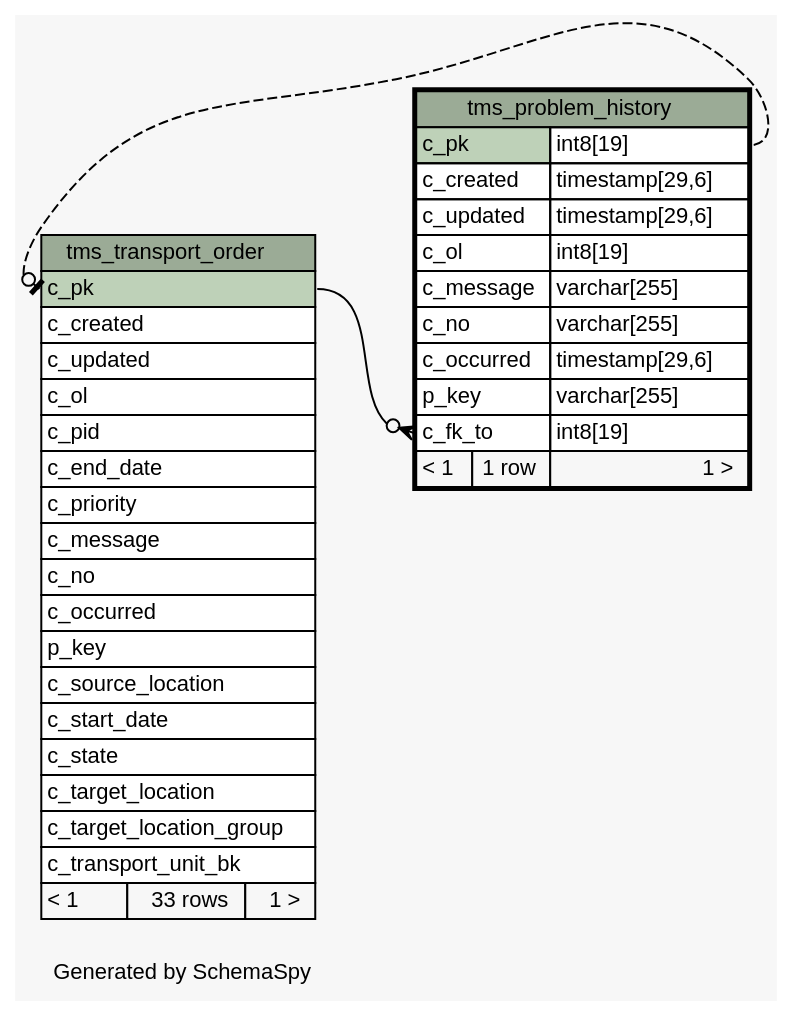
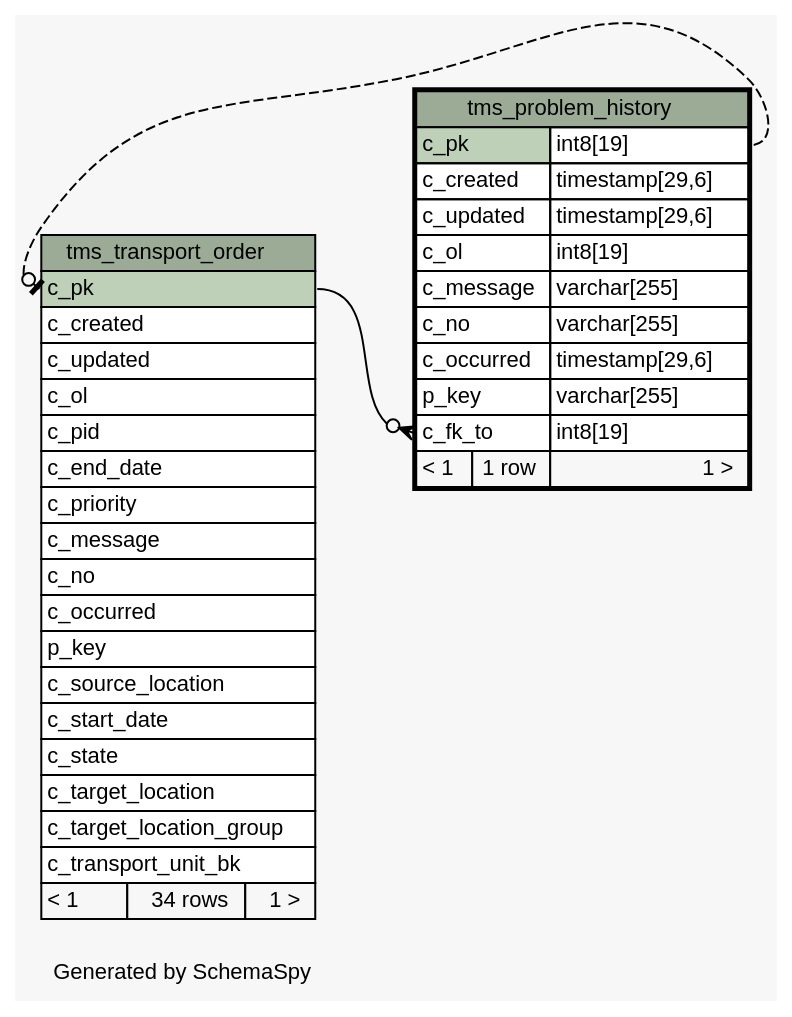
One commit to openwms/org.openwms.tms.transportation changed the diagram in 1.4.0-SNAPSHOT/schemaspy/diagrams/tms_problem_history.implied2degrees.dot. Above: the diagram before and after it, drawn with Graphviz. The commit also changed 302 other files, not shown here.

```diff
--- a/1.4.0-SNAPSHOT/schemaspy/diagrams/tms_problem_history.implied2degrees.dot
+++ b/1.4.0-SNAPSHOT/schemaspy/diagrams/tms_problem_history.implied2degrees.dot
@@ -1,68 +1,68 @@
 // dot 2.36.0 on Linux 4.4.0-101-generic
 // SchemaSpy rev Unknown
 digraph "impliedTwoDegreesRelationshipsDiagram" {
   graph [
     rankdir="RL"
     bgcolor="#f7f7f7"
     label="\nGenerated by SchemaSpy"
     labeljust="l"
     nodesep="0.18"
     ranksep="0.46"
     fontname="Helvetica"
     fontsize="11"
   ];
   node [
     fontname="Helvetica"
     fontsize="11"
     shape="plaintext"
   ];
   edge [
     arrowsize="0.8"
   ];
   "tms_problem_history":"c_fk_to":w -> "tms_transport_order":"c_pk":e [arrowhead=none dir=back arrowtail=crowodot];
   "tms_transport_order":"c_pk":w -> "tms_problem_history":"c_pk.type":e [arrowhead=none dir=back arrowtail=teeodot style=dashed];
   "tms_problem_history" [
     label=<
     <TABLE BORDER="2" CELLBORDER="1" CELLSPACING="0" BGCOLOR="#ffffff">
       <TR><TD COLSPAN="3" BGCOLOR="#9bab96" ALIGN="CENTER">tms_problem_history</TD></TR>
       <TR><TD PORT="c_pk" COLSPAN="2" BGCOLOR="#bed1b8" ALIGN="LEFT">c_pk</TD><TD PORT="c_pk.type" ALIGN="LEFT">int8[19]</TD></TR>
       <TR><TD PORT="c_created" COLSPAN="2" ALIGN="LEFT">c_created</TD><TD PORT="c_created.type" ALIGN="LEFT">timestamp[29,6]</TD></TR>
       <TR><TD PORT="c_updated" COLSPAN="2" ALIGN="LEFT">c_updated</TD><TD PORT="c_updated.type" ALIGN="LEFT">timestamp[29,6]</TD></TR>
       <TR><TD PORT="c_ol" COLSPAN="2" ALIGN="LEFT">c_ol</TD><TD PORT="c_ol.type" ALIGN="LEFT">int8[19]</TD></TR>
       <TR><TD PORT="c_message" COLSPAN="2" ALIGN="LEFT">c_message</TD><TD PORT="c_message.type" ALIGN="LEFT">varchar[255]</TD></TR>
       <TR><TD PORT="c_no" COLSPAN="2" ALIGN="LEFT">c_no</TD><TD PORT="c_no.type" ALIGN="LEFT">varchar[255]</TD></TR>
       <TR><TD PORT="c_occurred" COLSPAN="2" ALIGN="LEFT">c_occurred</TD><TD PORT="c_occurred.type" ALIGN="LEFT">timestamp[29,6]</TD></TR>
       <TR><TD PORT="p_key" COLSPAN="2" ALIGN="LEFT">p_key</TD><TD PORT="p_key.type" ALIGN="LEFT">varchar[255]</TD></TR>
       <TR><TD PORT="c_fk_to" COLSPAN="2" ALIGN="LEFT">c_fk_to</TD><TD PORT="c_fk_to.type" ALIGN="LEFT">int8[19]</TD></TR>
       <TR><TD ALIGN="LEFT" BGCOLOR="#f7f7f7">&lt; 1</TD><TD ALIGN="RIGHT" BGCOLOR="#f7f7f7">1 row</TD><TD ALIGN="RIGHT" BGCOLOR="#f7f7f7">1 &gt;</TD></TR>
     </TABLE>>
     URL="tms_problem_history.html"
     tooltip="tms_problem_history"
   ];
   "tms_transport_order" [
     label=<
     <TABLE BORDER="0" CELLBORDER="1" CELLSPACING="0" BGCOLOR="#ffffff">
       <TR><TD COLSPAN="3" BGCOLOR="#9bab96" ALIGN="CENTER">tms_transport_order</TD></TR>
       <TR><TD PORT="c_pk" COLSPAN="3" BGCOLOR="#bed1b8" ALIGN="LEFT">c_pk</TD></TR>
       <TR><TD PORT="c_created" COLSPAN="3" ALIGN="LEFT">c_created</TD></TR>
       <TR><TD PORT="c_updated" COLSPAN="3" ALIGN="LEFT">c_updated</TD></TR>
       <TR><TD PORT="c_ol" COLSPAN="3" ALIGN="LEFT">c_ol</TD></TR>
       <TR><TD PORT="c_pid" COLSPAN="3" ALIGN="LEFT">c_pid</TD></TR>
       <TR><TD PORT="c_end_date" COLSPAN="3" ALIGN="LEFT">c_end_date</TD></TR>
       <TR><TD PORT="c_priority" COLSPAN="3" ALIGN="LEFT">c_priority</TD></TR>
       <TR><TD PORT="c_message" COLSPAN="3" ALIGN="LEFT">c_message</TD></TR>
       <TR><TD PORT="c_no" COLSPAN="3" ALIGN="LEFT">c_no</TD></TR>
       <TR><TD PORT="c_occurred" COLSPAN="3" ALIGN="LEFT">c_occurred</TD></TR>
       <TR><TD PORT="p_key" COLSPAN="3" ALIGN="LEFT">p_key</TD></TR>
       <TR><TD PORT="c_source_location" COLSPAN="3" ALIGN="LEFT">c_source_location</TD></TR>
       <TR><TD PORT="c_start_date" COLSPAN="3" ALIGN="LEFT">c_start_date</TD></TR>
       <TR><TD PORT="c_state" COLSPAN="3" ALIGN="LEFT">c_state</TD></TR>
       <TR><TD PORT="c_target_location" COLSPAN="3" ALIGN="LEFT">c_target_location</TD></TR>
       <TR><TD PORT="c_target_location_group" COLSPAN="3" ALIGN="LEFT">c_target_location_group</TD></TR>
       <TR><TD PORT="c_transport_unit_bk" COLSPAN="3" ALIGN="LEFT">c_transport_unit_bk</TD></TR>
-      <TR><TD ALIGN="LEFT" BGCOLOR="#f7f7f7">&lt; 1</TD><TD ALIGN="RIGHT" BGCOLOR="#f7f7f7">33 rows</TD><TD ALIGN="RIGHT" BGCOLOR="#f7f7f7">1 &gt;</TD></TR>
+      <TR><TD ALIGN="LEFT" BGCOLOR="#f7f7f7">&lt; 1</TD><TD ALIGN="RIGHT" BGCOLOR="#f7f7f7">34 rows</TD><TD ALIGN="RIGHT" BGCOLOR="#f7f7f7">1 &gt;</TD></TR>
     </TABLE>>
     URL="tms_transport_order.html"
     tooltip="tms_transport_order"
   ];
 }
```
